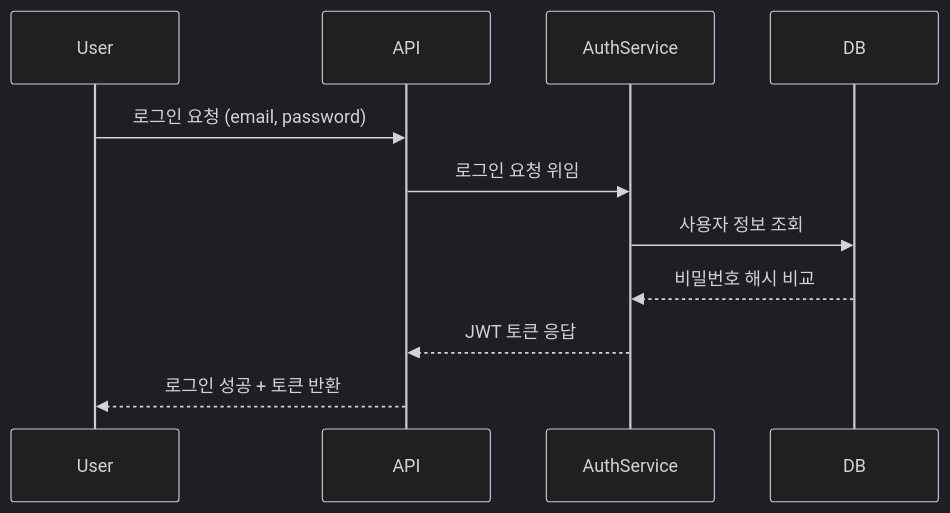
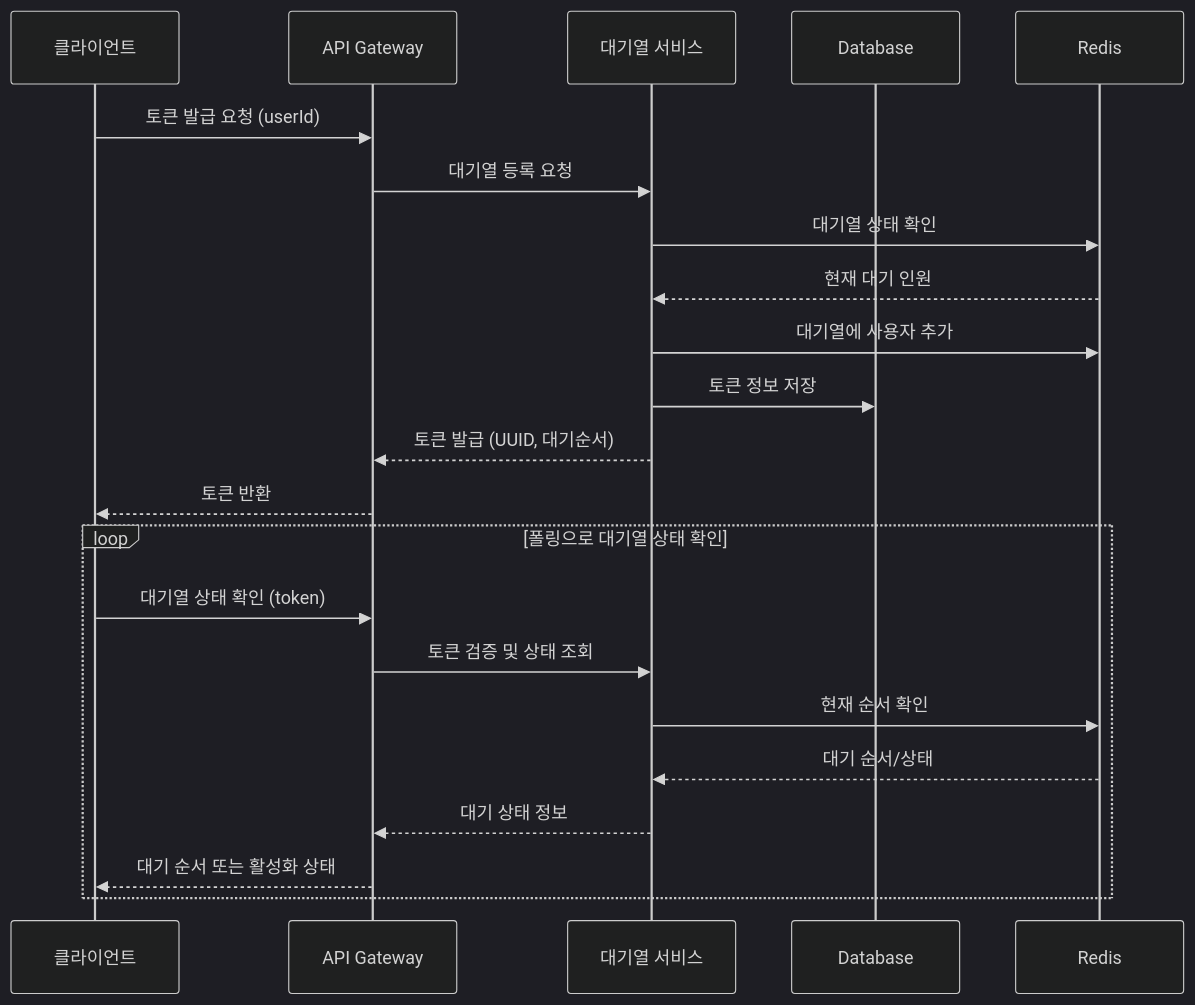
Before and after one commit to woolfie1101/hh-server-2: the first of 6 diagrams in docs/sequence.md, drawn with Mermaid (dark theme). The commit also changed other lines of this file, not shown here.

Commit message:
시퀀스 다이어그램 수정

````diff
--- a/docs/sequence.md
+++ b/docs/sequence.md
@@ -5,14 +5,26 @@
 ```mermaid
 sequenceDiagram
-    participant User
-    participant API
-    participant AuthService
-    participant DB
+    participant Client as 클라이언트
+    participant API as API Gateway
+    participant QueueService as 대기열 서비스
+    participant DB as Database
+    participant Redis as Redis
 
-    User->>API: 로그인 요청 (email, password)
-    API->>AuthService: 로그인 요청 위임
-    AuthService->>DB: 사용자 정보 조회
-    DB-->>AuthService: 비밀번호 해시 비교
-    AuthService-->>API: JWT 토큰 응답
-    API-->>User: 로그인 성공 + 토큰 반환
+    Client->>API: 토큰 발급 요청 (userId)
+    API->>QueueService: 대기열 등록 요청
+    QueueService->>Redis: 대기열 상태 확인
+    Redis-->>QueueService: 현재 대기 인원
+    QueueService->>Redis: 대기열에 사용자 추가
+    QueueService->>DB: 토큰 정보 저장
+    QueueService-->>API: 토큰 발급 (UUID, 대기순서)
+    API-->>Client: 토큰 반환
+
+    loop 폴링으로 대기열 상태 확인
+        Client->>API: 대기열 상태 확인 (token)
+        API->>QueueService: 토큰 검증 및 상태 조회
+        QueueService->>Redis: 현재 순서 확인
+        Redis-->>QueueService: 대기 순서/상태
+        QueueService-->>API: 대기 상태 정보
+        API-->>Client: 대기 순서 또는 활성화 상태
+    end
 ```
````
